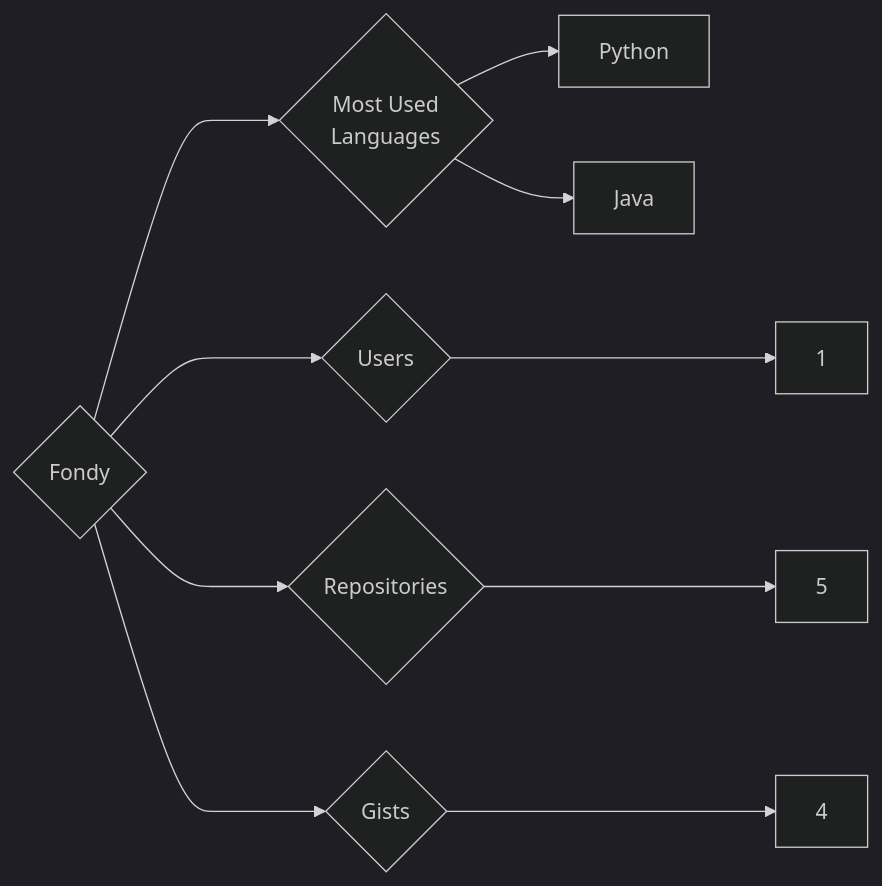
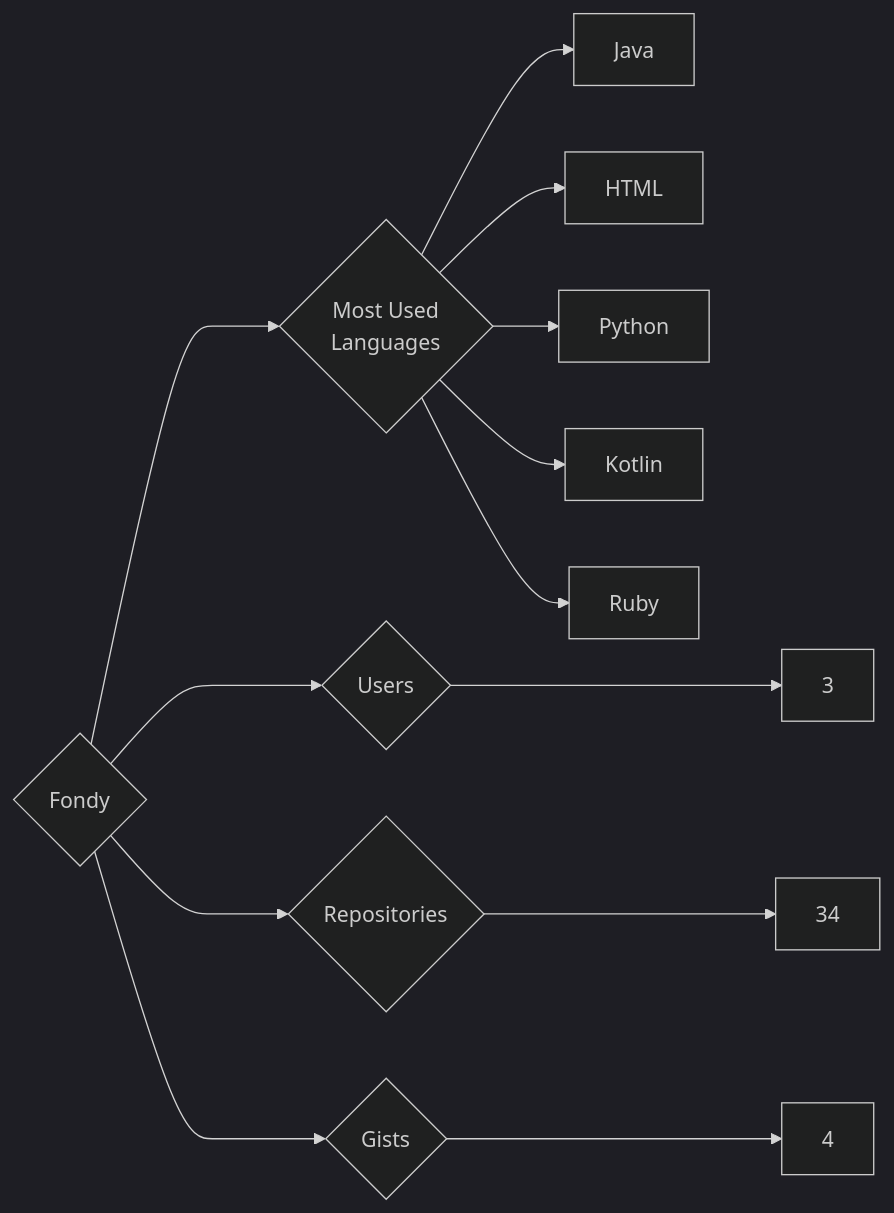
One commit to trickest/insiders changed the diagram in targets/Fondy/README.md. Above: the diagram before and after it, drawn with Mermaid (dark theme). The commit also changed 681 other files, not shown here.

````diff
--- a/targets/Fondy/README.md
+++ b/targets/Fondy/README.md
@@ -3,10 +3,13 @@
 ```mermaid
 graph LR
 COMPANY_NAME{Fondy}
-COMPANY_NAME ---> U{Users} ---> UN[1]
-COMPANY_NAME ---> R{Repositories} ---> RN[5]
+COMPANY_NAME ---> U{Users} ---> UN[3]
+COMPANY_NAME ---> R{Repositories} ---> RN[34]
 COMPANY_NAME ---> G{Gists} ---> GN[4]
 COMPANY_NAME ---> ML{Most Used<br>Languages}
+ML --> Java[Java]
+ML --> HTML[HTML]
 ML --> Python[Python]
-ML --> Java[Java]
+ML --> Kotlin[Kotlin]
+ML --> Ruby[Ruby]
 ```
````
